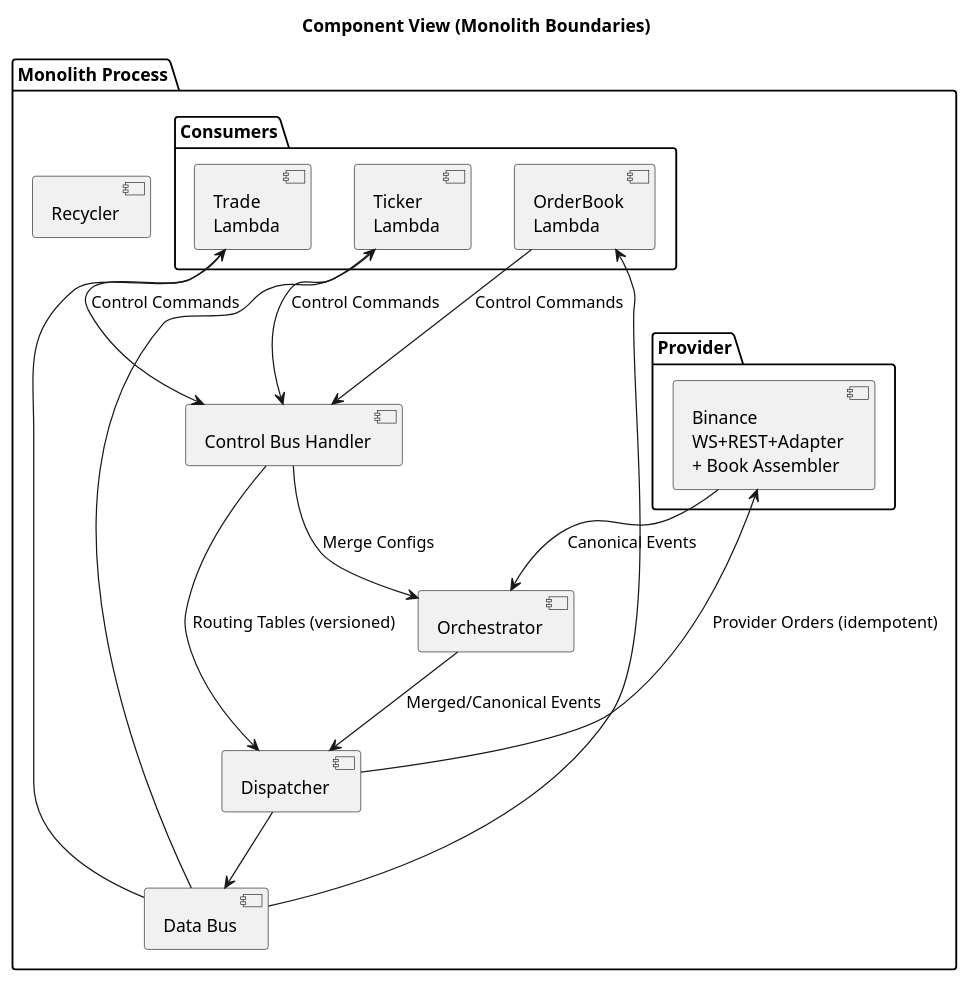
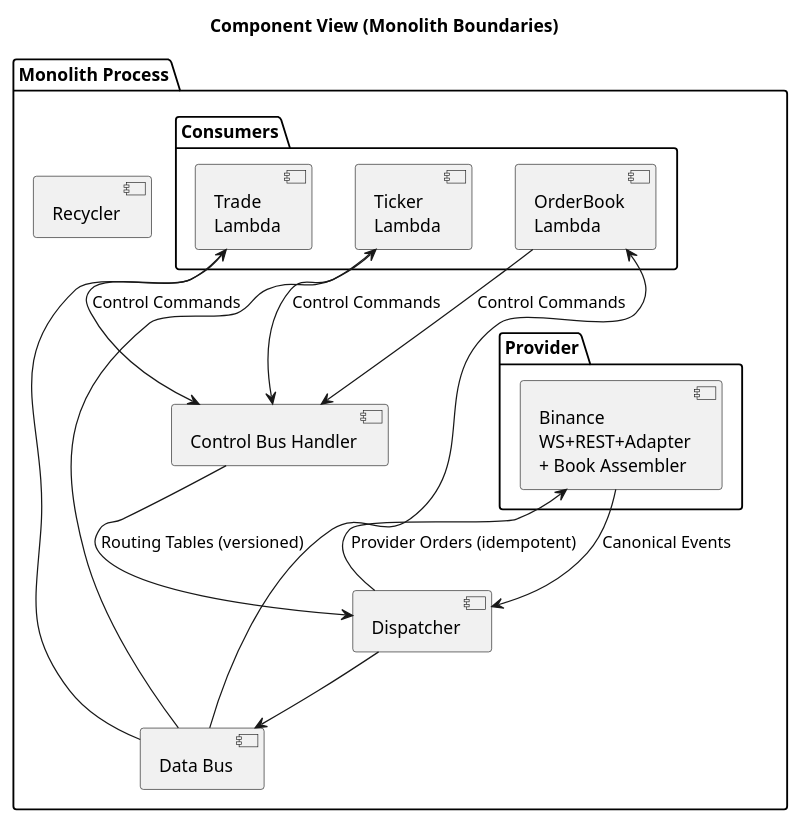
One commit to coachpo/meltica changed the diagram in docs/diagrams/component-view.puml. Above: the diagram before and after it, drawn with PlantUML. The commit also changed 50 other files, not shown here.

Commit message:
refactor: delete Orchestrator because the order book merge will happen within the provider

```diff
--- a/docs/diagrams/component-view.puml
+++ b/docs/diagrams/component-view.puml
@@ -1,37 +1,34 @@
 @startuml
 title Component View (Monolith Boundaries)
 
 package "Monolith Process" {
   [Control Bus Handler] as Ctrl
-  [Orchestrator] as Orc
   [Dispatcher] as Disp
   [Data Bus] as DBus
   [Recycler] as Recycler
 
   package "Provider" {
     component "Binance\nWS+REST+Adapter\n+ Book Assembler" as PO
   }
 
   package "Consumers" {
     component "Trade\nLambda" as Trade
     component "Ticker\nLambda" as Ticker
     component "OrderBook\nLambda" as OrderBook
   }
 }
 
-PO --> Orc : Canonical Events
-Orc --> Disp : Merged/Canonical Events
+PO --> Disp : Canonical Events
 Disp --> DBus
 DBus --> Trade
 DBus --> Ticker
 DBus --> OrderBook
 
 Trade --> Ctrl : Control Commands
 Ticker --> Ctrl : Control Commands
 OrderBook --> Ctrl : Control Commands
-Ctrl --> Orc : Merge Configs
 Ctrl --> Disp : Routing Tables (versioned)
 
 Disp --> PO : Provider Orders (idempotent)
 
 @enduml
```
